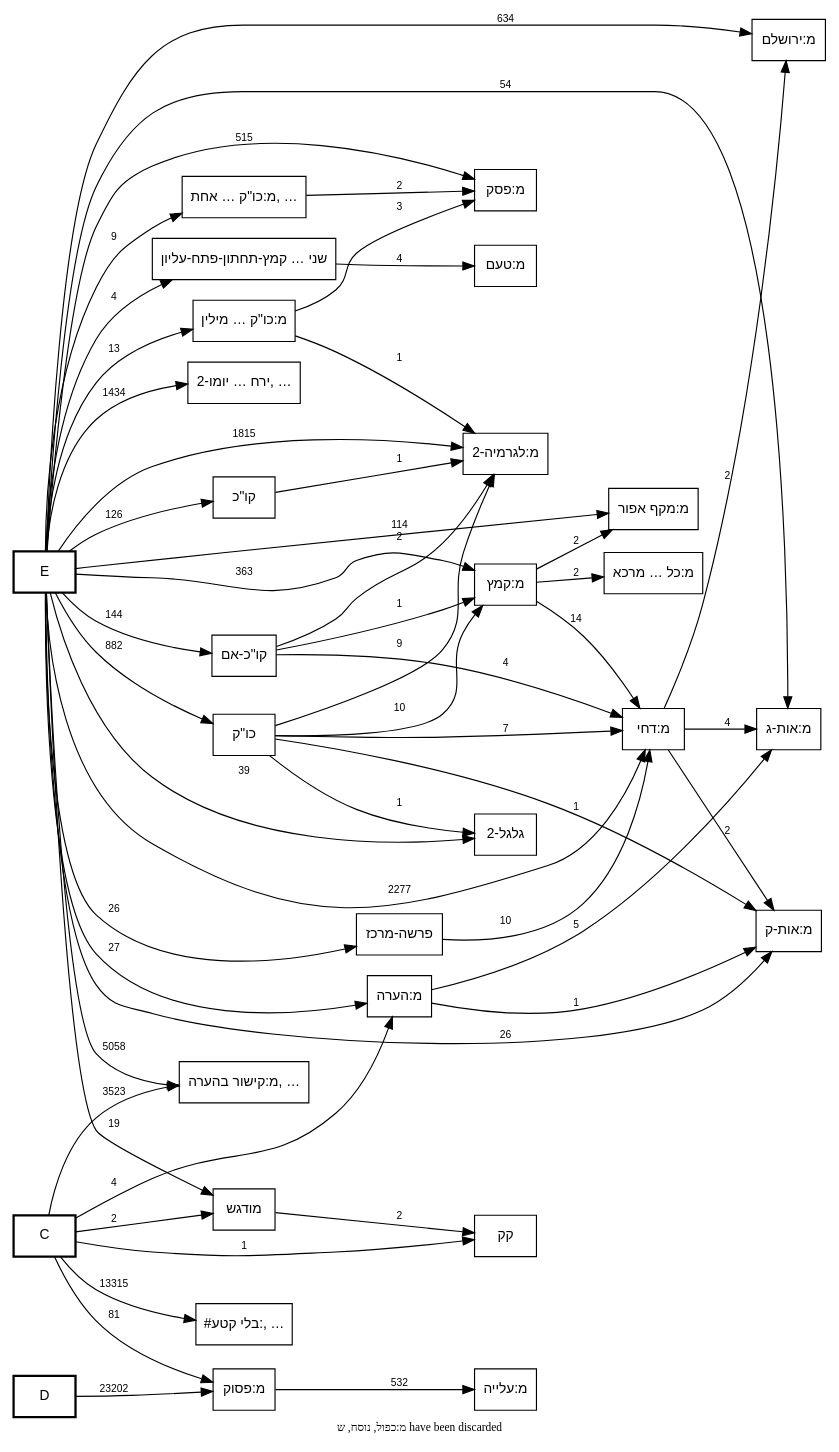
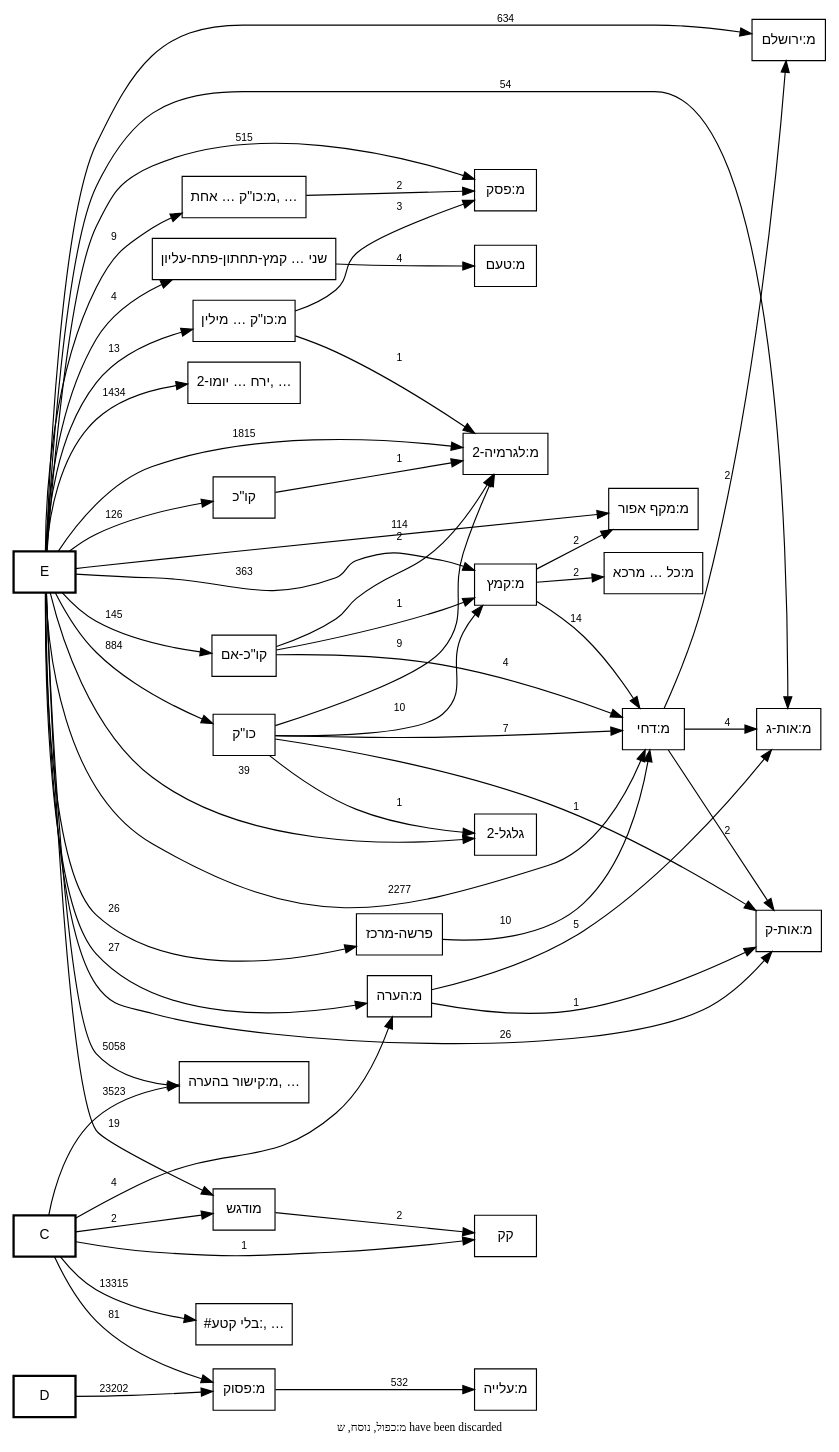
One commit to bdenckla/MAM-basics changed the diagram in out/MAM-tmpl-survey/plain-call-graph.dot. Above: the diagram before and after it, drawn with Graphviz. The commit also changed 12 other files, not shown here.

```diff
--- a/out/MAM-tmpl-survey/plain-call-graph.dot
+++ b/out/MAM-tmpl-survey/plain-call-graph.dot
@@ -1,164 +1,164 @@
 digraph template_call_graph {
     rankdir=LR;
     node [fontname="SBL Hebrew,Helvetica", fontsize=12];
     edge [fontname="Helvetica", fontsize=9];
 
     // Column nodes
     node [shape=box, style=bold];
     "C";
     "D";
     "E";
 
     // Template nodes
     node [shape=box, style=""];
     "#בלי קטע:, …" [tooltip="#בלי קטע:
 #בלי קטע:דברי הימים א טז/טעמים
 #בלי קטע:דברים לב/טעמים
 #בלי קטע:יהושע יב/טעמים
 #בלי קטע:מלכי כנען/צורת השיר
 #בלי קטע:עשרת בני המן/צורת השיר
 #בלי קטע:שופטים ה/טעמים
 #בלי קטע:שירת אסף/צורת השיר
 #בלי קטע:שירת דבורה/צורת השיר
 #בלי קטע:שירת דוד/צורת השיר
 #בלי קטע:שירת האזינו/צורת השיר
 #בלי קטע:שירת הים/צורת השיר
 #בלי קטע:שירת העתים/צורת השיר
 #בלי קטע:שמואל ב כב/טעמים
 #בלי קטע:שמות טו/טעמים
 #קטע:אסתר ט/טעמים
 #קטע:דברי הימים א טז/טעמים
 #קטע:דברים לב/טעמים
 #קטע:יהושע יב/טעמים
 #קטע:מלכי כנען/צורות נוספות
 #קטע:מלכי כנען/צורת השיר
 #קטע:עשרת בני המן/צורות נוספות
 #קטע:עשרת בני המן/צורת השיר
 #קטע:עשרת הדברות בסיס/טעמים
 #קטע:עשרת הדברות/טעמים
 #קטע:קהלת ג/טעמים
 #קטע:שירת אסף/צורות נוספות
 #קטע:שירת אסף/צורת השיר
 #קטע:שירת דבורה/צורות נוספות
 #קטע:שירת דבורה/צורת השיר
 #קטע:שירת דוד/צורות נוספות
 #קטע:שירת דוד/צורת השיר
 #קטע:שירת האזינו/צורות נוספות
 #קטע:שירת האזינו/צורת השיר
 #קטע:שירת הים/צורות נוספות
 #קטע:שירת הים/צורת השיר
 #קטע:שירת העתים/צורות נוספות
 #קטע:שירת העתים/צורת השיר
 #קטע:שמות טו/טעמים
 בסיס-משתמש
 טעמי המקרא באינטרנט
 מ:אין פרשה בתחילת פרק
 מ:אין פרשה בתחילת פרק בספרי אמ\"ת
 מ:אין רווח של פרשה בתחילת פרשת השבוע
 מ:טעמי המקרא
 מ:טעמי המקרא-סוף
 מ:יישור-בשני-הצדדים
 מ:יישור-בשני-הצדדים-סוף
 מ:סיום בטוב
 מ:ספר חדש
 מ:רווח בתרי עשר
 מ:רווח בתרי עשר בפסוק הראשון
 מ:רווח לספר בתהלים
 מ:רווח לספר בתהלים בפסוק הראשון
 מ:שוליים
 מ:שוליים-סוף
 ניווט טעמים
 עוגן בשורה
 צורות כתיבה בספרי אמ\"ת
 ר4"];
     "ירח … יומו-2, …" [tooltip="ירח בן יומו-2
 כתיב ולא קרי
 מ:אות מנוקדת
 מ:אות תלויה
 מ:גרש ותלישא גדולה
 מ:גרשיים ותלישא גדולה
 מ:טעם ומתג באות אחת
 מ:ירושלמה
 מ:כו\"ק בין שני מקפים
 מ:כו\"ק כתיב מילה חדה וקרי תרתין מילין בין שני מקפים
 מ:כו\"ק כתיב תרתין מילין וקרי מילה חדה
 מ:כו\"ק קרי שונה מהכתיב בשתי מילים
 מ:כו\"ק של שלוש מילים בהערה אחת
 מ:נו\"ן הפוכה
 מ:צינור
 מ:קו\"כ קרי שונה מהכתיב בשתי מילים
 מ:קישור פנימי בהערה
 קרי ולא כתיב
 ר0
 ר2
 ר3
 רווח בסוף שורה"];
     "מ:כו\"ק כתיב מילה חדה וקרי תרתין מילין" [label="מ:כו\"ק … מילין", tooltip="מ:כו\"ק כתיב מילה חדה וקרי תרתין מילין"];
     "מ:כו\"ק … אחת, …" [tooltip="מ:כו\"ק של שתי מילים בהערה אחת
 מ:קו\"כ כתיב מילה חדה וקרי תרתין מילין"];
     "מ:כל קמץ קטן מרכא" [label="מ:כל … מרכא", tooltip="מ:כל קמץ קטן מרכא"];
     "מ:קישור בהערה, …" [tooltip="מ:קישור בהערה
 מ:ששש
 סס
 ססס
 פפ
 פפפ
 ר1"];
     "שני טעמים באות אחת קמץ-תחתון-פתח-עליון" [label="שני … קמץ-תחתון-פתח-עליון", tooltip="שני טעמים באות אחת קמץ-תחתון-פתח-עליון"];
 
     // Note
     graph [label="מ:כפול, נוסח, ש have been discarded", labelloc=b, fontsize=10];
 
     // Edges
     "C" -> "#בלי קטע:, …" [label="13315"];
     "C" -> "מ:הערה" [label="4"];
     "C" -> "מ:פסוק" [label="81"];
     "C" -> "מ:קישור בהערה, …" [label="3523"];
     "C" -> "מודגש" [label="2"];
     "C" -> "קק" [label="1"];
     "D" -> "מ:פסוק" [label="23202"];
     "E" -> "גלגל-2" [label="39"];
     "E" -> "ירח … יומו-2, …" [label="1434"];
-    "E" -> "כו\"ק" [label="882"];
+    "E" -> "כו\"ק" [label="884"];
     "E" -> "מ:אות-ג" [label="54"];
     "E" -> "מ:אות-ק" [label="26"];
     "E" -> "מ:דחי" [label="2277"];
     "E" -> "מ:הערה" [label="27"];
     "E" -> "מ:ירושלם" [label="634"];
     "E" -> "מ:כו\"ק כתיב מילה חדה וקרי תרתין מילין" [label="13"];
     "E" -> "מ:כו\"ק … אחת, …" [label="9"];
     "E" -> "מ:לגרמיה-2" [label="1815"];
     "E" -> "מ:מקף אפור" [label="114"];
     "E" -> "מ:פסק" [label="515"];
     "E" -> "מ:קישור בהערה, …" [label="5058"];
     "E" -> "מ:קמץ" [label="363"];
     "E" -> "מודגש" [label="19"];
     "E" -> "פרשה-מרכז" [label="26"];
     "E" -> "קו\"כ" [label="126"];
-    "E" -> "קו\"כ-אם" [label="144"];
+    "E" -> "קו\"כ-אם" [label="145"];
     "E" -> "שני טעמים באות אחת קמץ-תחתון-פתח-עליון" [label="4"];
     "כו\"ק" -> "גלגל-2" [label="1"];
     "כו\"ק" -> "מ:אות-ק" [label="1"];
     "כו\"ק" -> "מ:דחי" [label="7"];
     "כו\"ק" -> "מ:לגרמיה-2" [label="9"];
     "כו\"ק" -> "מ:קמץ" [label="10"];
     "מ:דחי" -> "מ:אות-ג" [label="4"];
     "מ:דחי" -> "מ:אות-ק" [label="2"];
     "מ:דחי" -> "מ:ירושלם" [label="2"];
     "מ:הערה" -> "מ:אות-ג" [label="5"];
     "מ:הערה" -> "מ:אות-ק" [label="1"];
     "מ:כו\"ק כתיב מילה חדה וקרי תרתין מילין" -> "מ:לגרמיה-2" [label="1"];
     "מ:כו\"ק כתיב מילה חדה וקרי תרתין מילין" -> "מ:פסק" [label="3"];
     "מ:כו\"ק … אחת, …" -> "מ:פסק" [label="2"];
     "מ:פסוק" -> "מ:עלייה" [label="532"];
     "מ:קמץ" -> "מ:דחי" [label="14"];
     "מ:קמץ" -> "מ:כל קמץ קטן מרכא" [label="2"];
     "מ:קמץ" -> "מ:מקף אפור" [label="2"];
     "מודגש" -> "קק" [label="2"];
     "פרשה-מרכז" -> "מ:דחי" [label="10"];
     "קו\"כ" -> "מ:לגרמיה-2" [label="1"];
     "קו\"כ-אם" -> "מ:דחי" [label="4"];
     "קו\"כ-אם" -> "מ:לגרמיה-2" [label="2"];
     "קו\"כ-אם" -> "מ:קמץ" [label="1"];
     "שני טעמים באות אחת קמץ-תחתון-פתח-עליון" -> "מ:טעם" [label="4"];
 }
```
